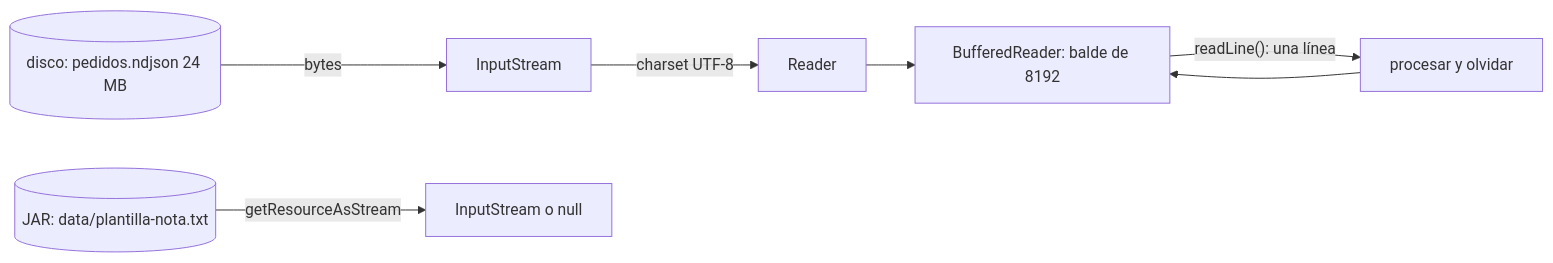
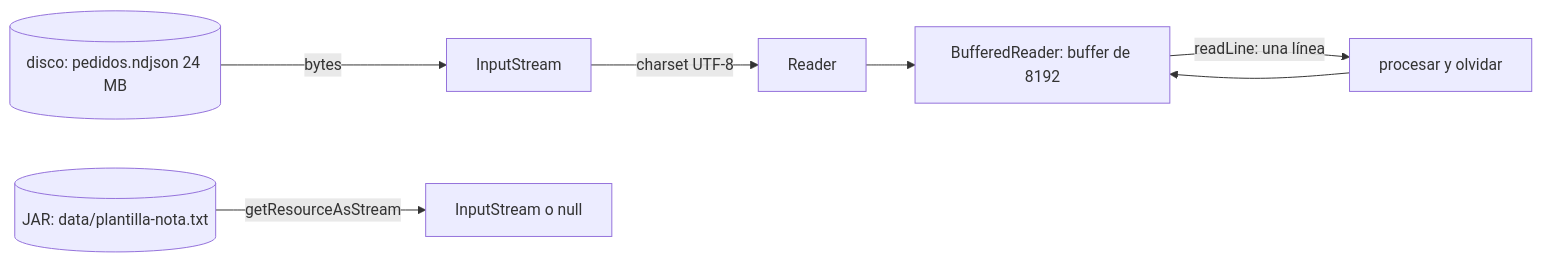
One commit to NICORUIZ93/The_Imperial_Book changed the third of 3 diagrams in web/public/content/java/modulo-6.md. Above: the diagram before and after it, drawn with Mermaid. The commit also changed other lines of this file and 65 other files, not shown here.

````diff
--- a/web/public/content/java/modulo-6.md
+++ b/web/public/content/java/modulo-6.md
@@ -794,9 +1076,9 @@
 ```mermaid
 flowchart LR
   D[("disco: pedidos.ndjson 24 MB")] -->|"bytes"| IS["InputStream"]
   IS -->|"charset UTF-8"| R["Reader"]
-  R --> B["BufferedReader: balde de 8192"]
-  B -->|"readLine(): una línea"| P["procesar y olvidar"]
+  R --> B["BufferedReader: buffer de 8192"]
+  B -->|"readLine: una línea"| P["procesar y olvidar"]
   P --> B
   J[("JAR: data/plantilla-nota.txt")] -->|"getResourceAsStream"| IS2["InputStream o null"]
 ```
````
